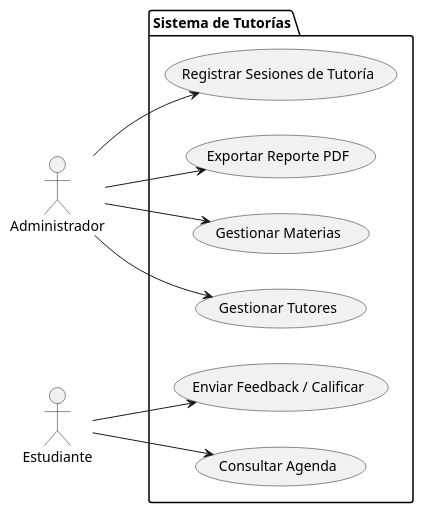
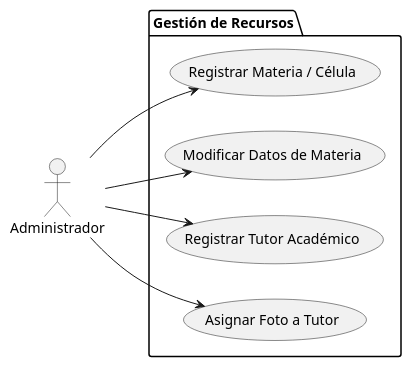
One commit to AdrianP2001/Proyecto_POE changed the first of 5 diagrams in DOCUMENTACION.md. Above: the diagram before and after it, drawn with PlantUML. The commit also changed other lines of this file, not shown here.

Commit message:
Docs: Expandido a 3 diagramas de Casos de Uso independientes para cumplir requerimientos

````diff
--- a/DOCUMENTACION.md
+++ b/DOCUMENTACION.md
@@ -10,24 +12,18 @@
 ```plantuml
 @startuml
 left to right direction
 actor "Administrador" as Admin
-actor "Estudiante" as Est
 
-package "Sistema de Tutorías" {
-  usecase "Gestionar Materias" as UC1
-  usecase "Gestionar Tutores" as UC2
-  usecase "Registrar Sesiones de Tutoría" as UC3
-  usecase "Consultar Agenda" as UC4
-  usecase "Enviar Feedback / Calificar" as UC5
-  usecase "Exportar Reporte PDF" as UC6
+package "Gestión de Recursos" {
+  usecase "Registrar Materia / Célula" as UC1
+  usecase "Modificar Datos de Materia" as UC2
+  usecase "Registrar Tutor Académico" as UC3
+  usecase "Asignar Foto a Tutor" as UC4
 }
 
 Admin --> UC1
 Admin --> UC2
 Admin --> UC3
-Admin --> UC6
-
-Est --> UC4
-Est --> UC5
+Admin --> UC4
 @endum
 ```
````
